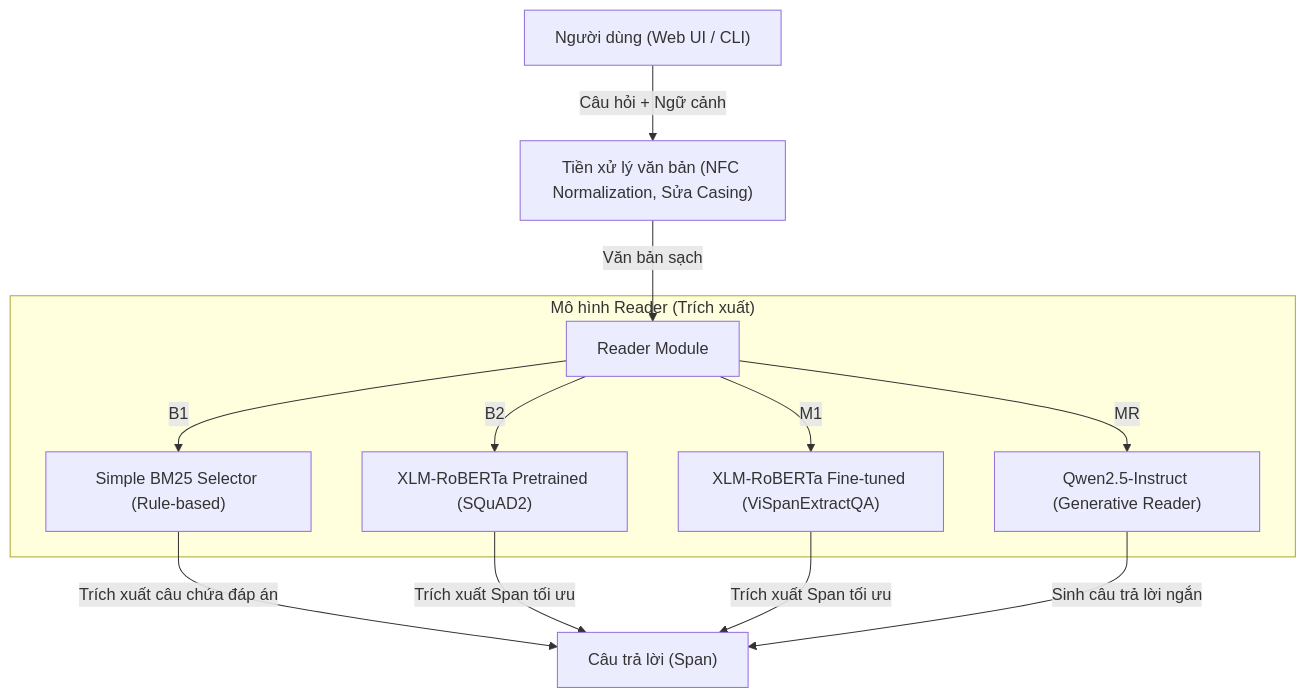
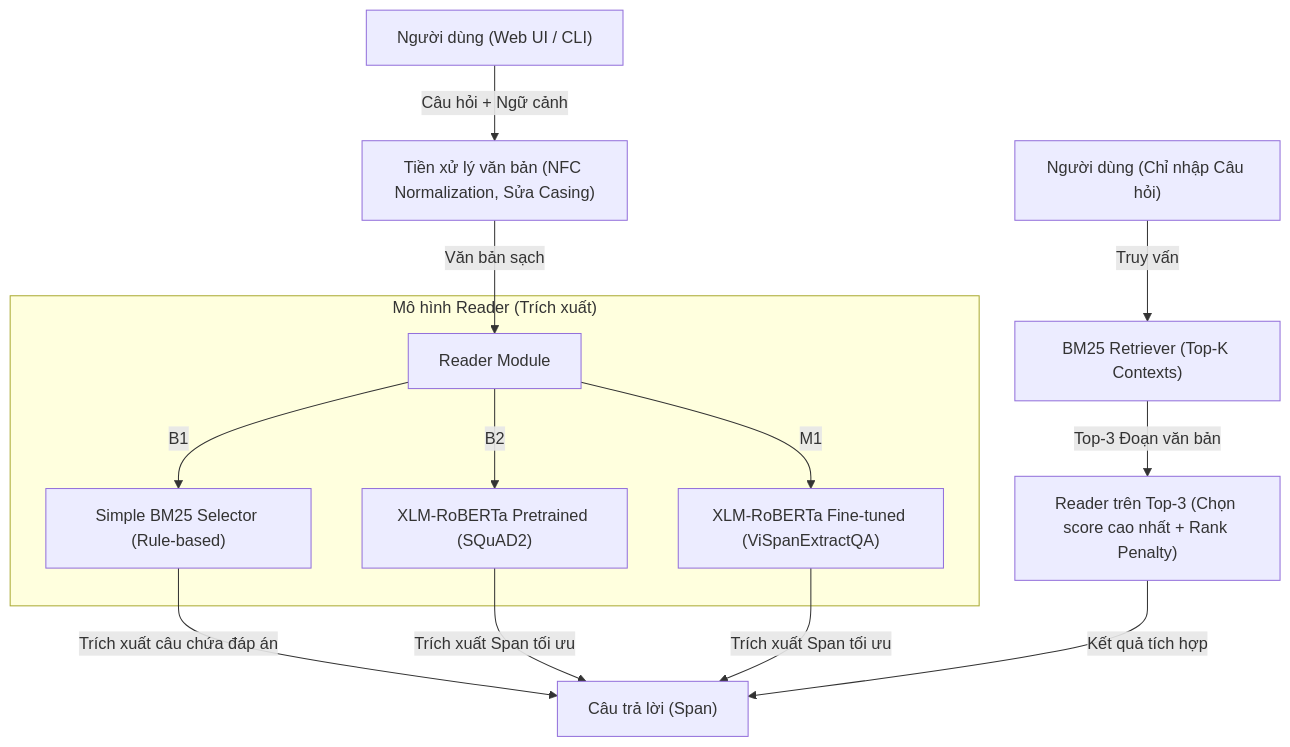
The diagram in README.md (GSK7625/BTLNLP), drawn with Mermaid before and after one commit. The commit also changed other lines of this file and 20 other files, not shown here.

````diff
--- a/README.md
+++ b/README.md
@@ -30,15 +30,17 @@
 ```mermaid
 graph TD
     User["Người dùng (Web UI / CLI)"] -->|Câu hỏi + Ngữ cảnh| Preprocess["Tiền xử lý văn bản (NFC Normalization, Sửa Casing)"]
     Preprocess -->|Văn bản sạch| Reader["Reader Module"]
     subgraph Readers["Mô hình Reader (Trích xuất)"]
         Reader -->|B1| BM25["Simple BM25 Selector (Rule-based)"]
         Reader -->|B2| XLMR_Pre["XLM-RoBERTa Pretrained (SQuAD2)"]
         Reader -->|M1| XLMR_FT["XLM-RoBERTa Fine-tuned (ViSpanExtractQA)"]
-        Reader -->|MR| Qwen["Qwen2.5-Instruct (Generative Reader)"]
     end
     BM25 -->|Trích xuất câu chứa đáp án| Output["Câu trả lời (Span)"]
     XLMR_Pre -->|Trích xuất Span tối ưu| Output
     XLMR_FT -->|Trích xuất Span tối ưu| Output
-    Qwen -->|Sinh câu trả lời ngắn| Output
+
+    UserQA["Người dùng (Chỉ nhập Câu hỏi)"] -->|Truy vấn| GlobalBM25["BM25 Retriever (Top-K Contexts)"]
+    GlobalBM25 -->|Top-3 Đoạn văn bản| PipelineReader["Reader trên Top-3 (Chọn score cao nhất + Rank Penalty)"]
+    PipelineReader -->|Kết quả tích hợp| Output
 ```
````
